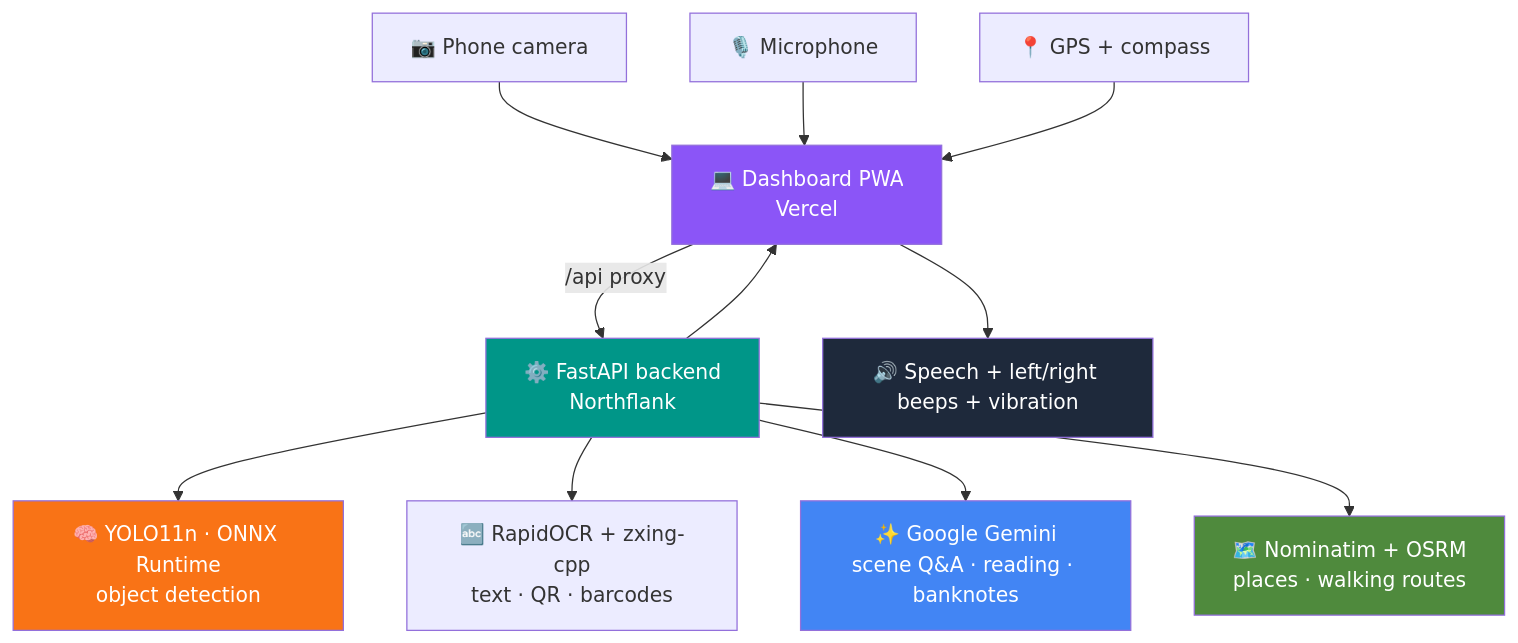
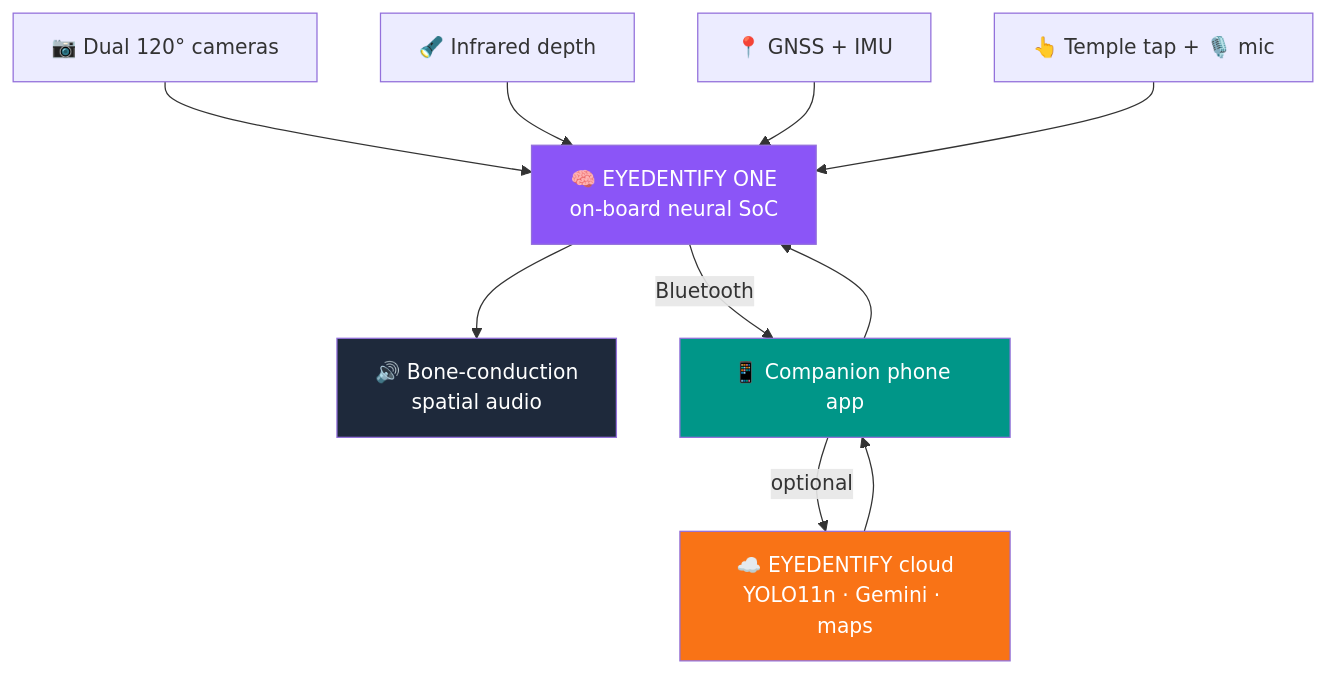
One commit to TanishAggarwall/eyedentify-dashboard changed the first of 2 diagrams in README.md. Above: the diagram before and after it, drawn with Mermaid. The commit also changed other lines of this file and 4 other files, not shown here.

Commit message:
README: present EYEDENTIFY ONE as hardware glasses, add product render and exploded view

````diff
--- a/README.md
+++ b/README.md
@@ -55,23 +76,17 @@
 ```mermaid
 flowchart TD
-    CAM[📷 Phone camera] --> WEB
-    MIC[🎙️ Microphone] --> WEB
-    GPS[📍 GPS + compass] --> WEB
+    C1[📷 Dual 120° cameras] --> SOC
+    C2[🔦 Infrared depth] --> SOC
+    C3[📍 GNSS + IMU] --> SOC
+    C4[👆 Temple tap + 🎙️ mic] --> SOC
 
-    WEB[💻 Dashboard PWA<br/>Vercel] -- /api proxy --> API[⚙️ FastAPI backend<br/>Northflank]
+    SOC[🧠 EYEDENTIFY ONE<br/>on-board neural SoC] --> OUT[🔊 Bone-conduction<br/>spatial audio]
+    SOC -- Bluetooth --> APP[📱 Companion phone app]
+    APP -- optional --> CLOUD[☁️ EYEDENTIFY cloud<br/>YOLO11n · Gemini · maps]
+    CLOUD --> APP --> SOC
 
-    API --> YOLO[🧠 YOLO11n · ONNX Runtime<br/>object detection]
-    API --> OCR[🔤 RapidOCR + zxing-cpp<br/>text · QR · barcodes]
-    API --> GEM[✨ Google Gemini<br/>scene Q&A · reading · banknotes]
-    API --> OSM[🗺️ Nominatim + OSRM<br/>places · walking routes]
-
-    API --> WEB
-    WEB --> OUT[🔊 Speech + left/right beeps + vibration]
-
-    style WEB fill:#8b55f7,color:#fff
-    style API fill:#009688,color:#fff
-    style YOLO fill:#f97316,color:#fff
-    style GEM fill:#4285f4,color:#fff
-    style OSM fill:#4f8a3d,color:#fff
+    style SOC fill:#8b55f7,color:#fff
     style OUT fill:#1e293b,color:#fff
+    style APP fill:#009688,color:#fff
+    style CLOUD fill:#f97316,color:#fff
 ```
````
